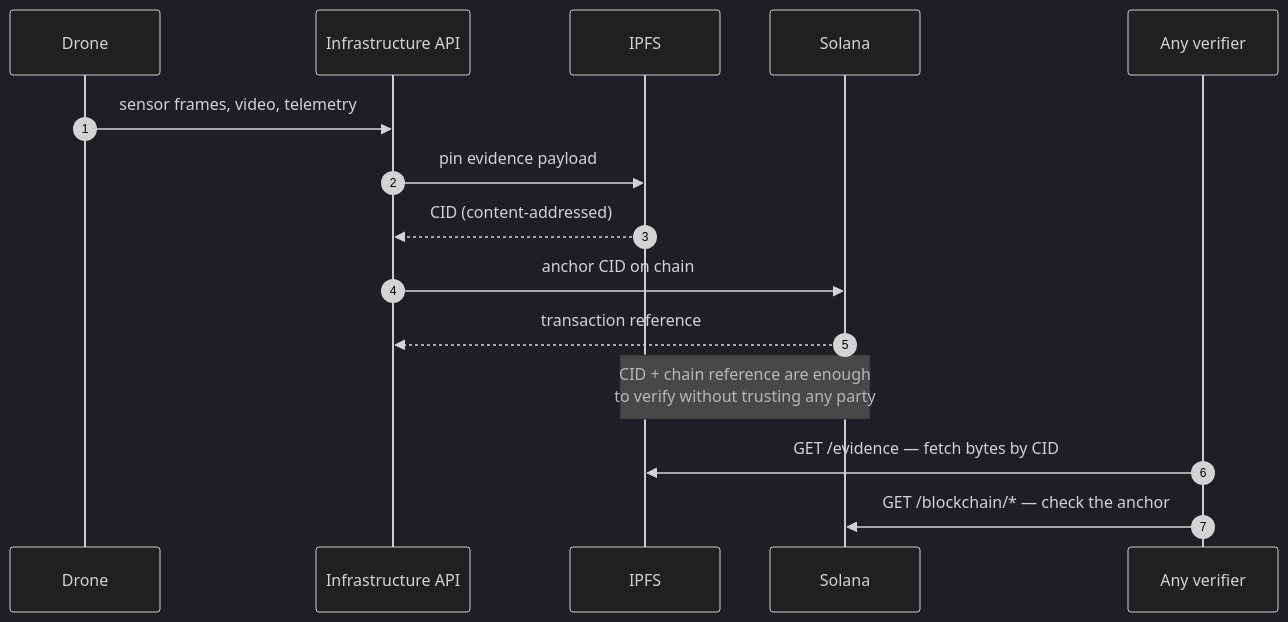
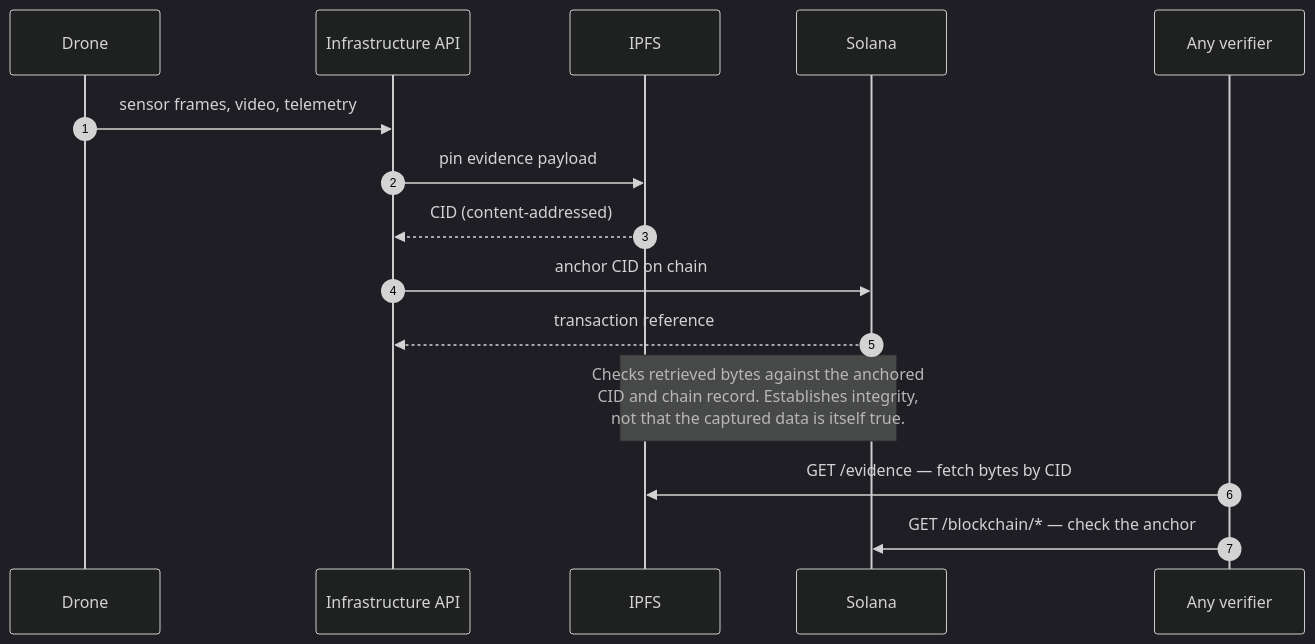
The diagram in snippets/diagrams/evidence-chain.mdx (resq-software/docs), drawn with Mermaid (dark theme) before and after one commit. The commit also changed 1 other file, not shown here.

Commit message:
fix(docs): bound the 401 retry path and stop overstating what evidence proves
Both from CodeRabbit review on #98, both correct.

- Agent guidance said "re-authenticate from credentials on 401" with no
  bound. Invalid or revoked credentials would drive an unbounded
  login/request loop and trip rate limiting. Now: re-authenticate once,
  retry once, then stop and surface the error.
- The evidence-chain diagram claimed a CID plus a chain reference are
  "enough to verify without trusting any party". They establish that
  retrieved bytes match the anchored record — integrity — not that the
  captured sensor data is true. On an evidence-custody product that
  distinction is worth getting right. Reworded to match the precision the
  surrounding prose in concepts.mdx already used ("verify the bytes").

````diff
--- a/snippets/diagrams/evidence-chain.mdx
+++ b/snippets/diagrams/evidence-chain.mdx
@@ -1,20 +1,20 @@
 ```mermaid
 sequenceDiagram
   autonumber
   participant D as Drone
   participant API as Infrastructure API
   participant IPFS
   participant SOL as Solana
   participant V as Any verifier
 
   D->>API: sensor frames, video, telemetry
   API->>IPFS: pin evidence payload
   IPFS-->>API: CID (content-addressed)
   API->>SOL: anchor CID on chain
   SOL-->>API: transaction reference
 
-  Note over IPFS,SOL: CID + chain reference are enough<br/>to verify without trusting any party
+  Note over IPFS,SOL: Checks retrieved bytes against the anchored<br/>CID and chain record. Establishes integrity,<br/>not that the captured data is itself true.
 
   V->>IPFS: GET /evidence — fetch bytes by CID
   V->>SOL: GET /blockchain/* — check the anchor
 ```
````
